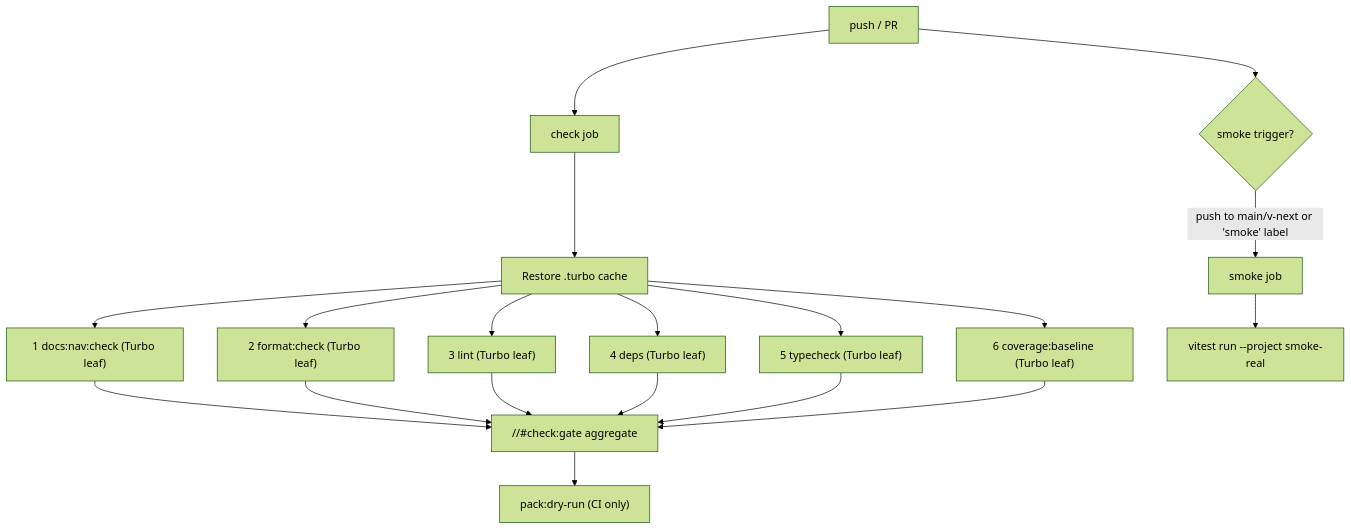
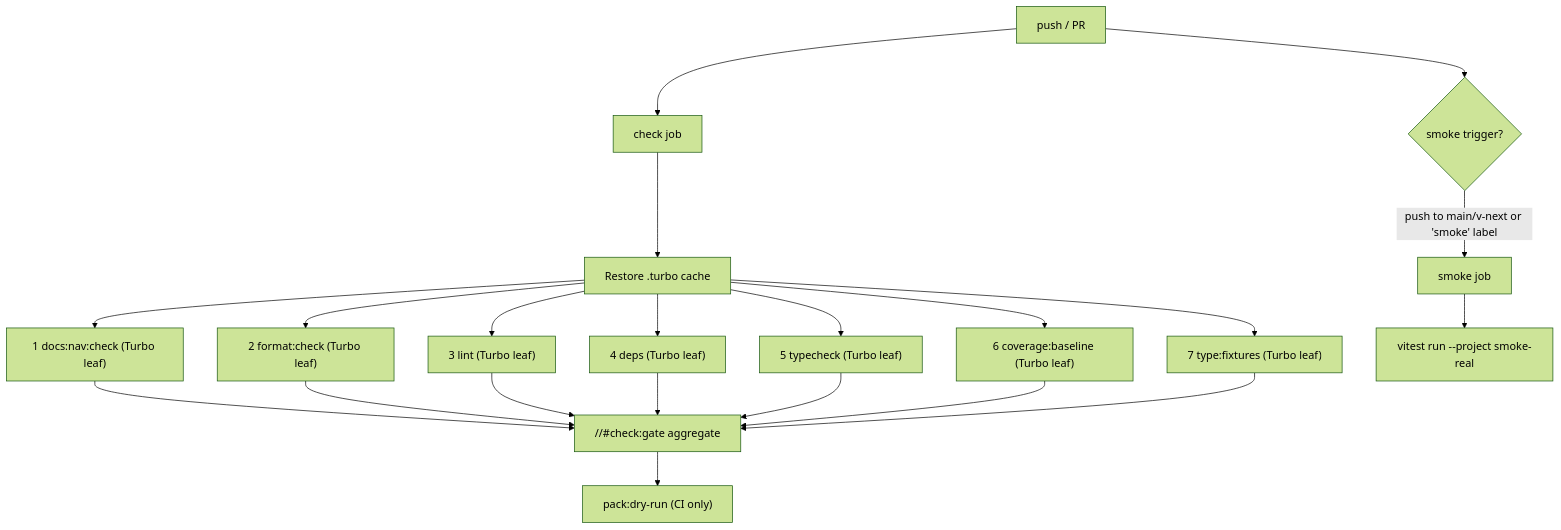
The diagram in docs/engineering/check-gate.md (aryeko/agentic-workflow-kit), drawn with Mermaid (forest theme) before and after one commit. The commit also changed other lines of this file and 8 other files, not shown here.

First line of the commit message:
feat: enforce AC proofs at the verify gate via type:fixtures lane

````diff
--- a/docs/engineering/check-gate.md
+++ b/docs/engineering/check-gate.md
@@ -73,17 +74,18 @@
 ```mermaid
 flowchart TD
     A[push / PR] --> B[check job]
     B --> B_cache["Restore .turbo cache"]
     B_cache --> B0["1 docs:nav:check (Turbo leaf)"]
     B_cache --> B1["2 format:check (Turbo leaf)"]
     B_cache --> B2["3 lint (Turbo leaf)"]
     B_cache --> B3["4 deps (Turbo leaf)"]
     B_cache --> B4["5 typecheck (Turbo leaf)"]
     B_cache --> B5["6 coverage:baseline (Turbo leaf)"]
-    B0 & B1 & B2 & B3 & B4 & B5 --> B6["//#check:gate aggregate"]
+    B_cache --> B5b["7 type:fixtures (Turbo leaf)"]
+    B0 & B1 & B2 & B3 & B4 & B5 & B5b --> B6["//#check:gate aggregate"]
     B6 --> B7["pack:dry-run (CI only)"]
 
     A --> C{smoke trigger?}
     C -->|push to main/v-next or 'smoke' label| D[smoke job]
     D --> D1["vitest run --project smoke-real"]
 ```
````
